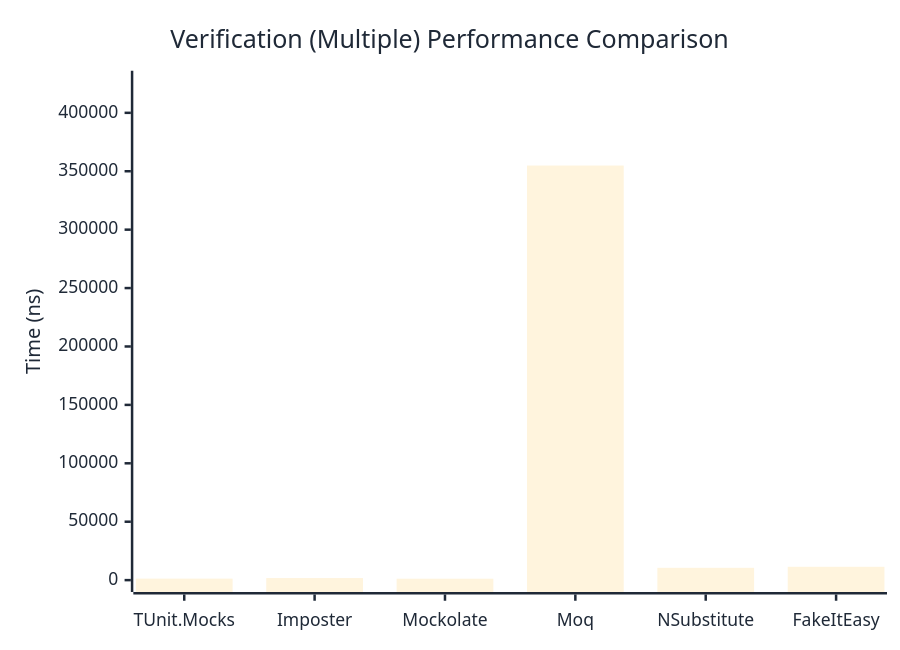
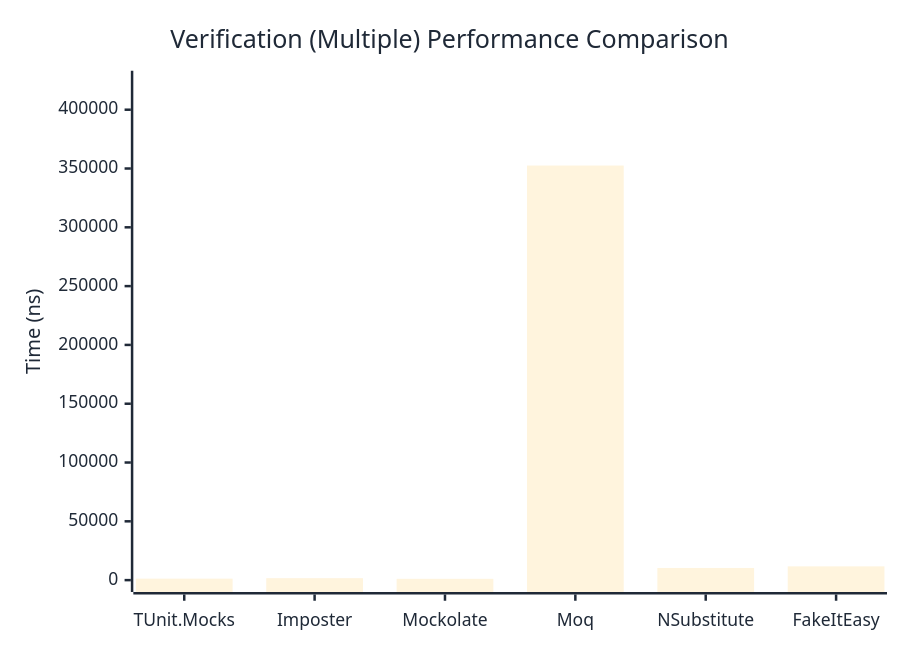
Before and after one commit to thomhurst/TUnit: the third of 3 diagrams in docs/docs/benchmarks/mocks/Verification.md, drawn with Mermaid. The commit also changed other lines of this file and 14 other files, not shown here.

````diff
--- a/docs/docs/benchmarks/mocks/Verification.md
+++ b/docs/docs/benchmarks/mocks/Verification.md
@@ -110,27 +110,27 @@
 ```mermaid
 %%{init: {
   'theme':'base',
   'themeVariables': {
     'primaryColor': '#2563eb',
     'primaryTextColor': '#1f2937',
     'primaryBorderColor': '#1e40af',
     'lineColor': '#6b7280',
     'secondaryColor': '#7c3aed',
     'tertiaryColor': '#dc2626',
     'background': '#ffffff',
     'pie1': '#2563eb',
     'pie2': '#7c3aed',
     'pie3': '#dc2626',
     'pie4': '#f59e0b',
     'pie5': '#10b981',
     'pie6': '#06b6d4',
     'pie7': '#ec4899',
     'pie8': '#6366f1'
   }
 }}%%
 xychart-beta
   title "Verification (Multiple) Performance Comparison"
   x-axis ["TUnit.Mocks", "Imposter", "Mockolate", "Moq", "NSubstitute", "FakeItEasy"]
-  y-axis "Time (ns)" 0 --> 425856
-  bar [1287.59, 1783.01, 1216.74, 354879.81, 10539.34, 11423.54]
+  y-axis "Time (ns)" 0 --> 423029
+  bar [1248.69, 1675.38, 1111.26, 352523.72, 10333.48, 11714.57]
 ```
````
